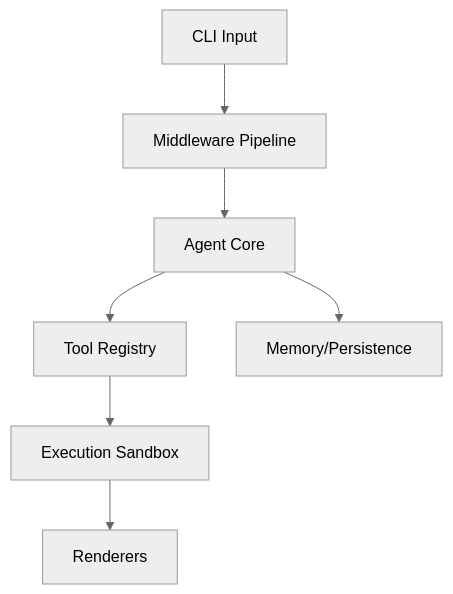
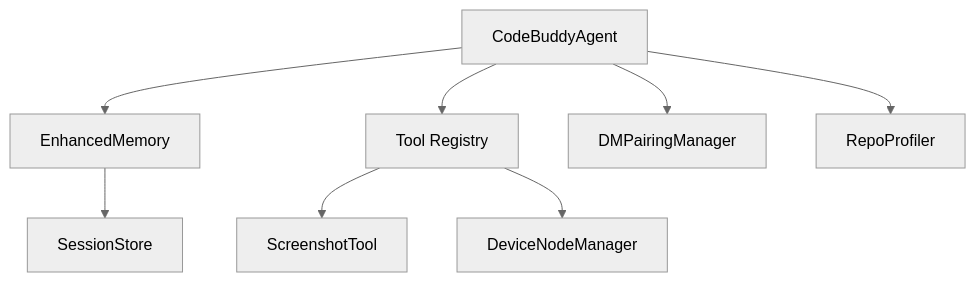
Before and after one commit to phuetz/code-buddy: the third of 5 diagrams in .codebuddy/docs/10-development.md, drawn with Mermaid (neutral theme). The commit also changed other lines of this file and 54 other files, not shown here.

````diff
--- a/.codebuddy/docs/10-development.md
+++ b/.codebuddy/docs/10-development.md
@@ -179,9 +213,10 @@
 ```mermaid
 graph TD
-    CLI[CLI Input] --> Middleware[Middleware Pipeline]
-    Middleware --> Agent[Agent Core]
+    Agent[CodeBuddyAgent] --> Memory[EnhancedMemory]
     Agent --> Tools[Tool Registry]
-    Tools --> Sandbox[Execution Sandbox]
-    Sandbox --> Output[Renderers]
-    Agent --> Memory[Memory/Persistence]
+    Agent --> Channels[DMPairingManager]
+    Agent --> Profiler[RepoProfiler]
+    Memory --> Persistence[SessionStore]
+    Tools --> Screenshot[ScreenshotTool]
+    Tools --> Devices[DeviceNodeManager]
 ```
````
